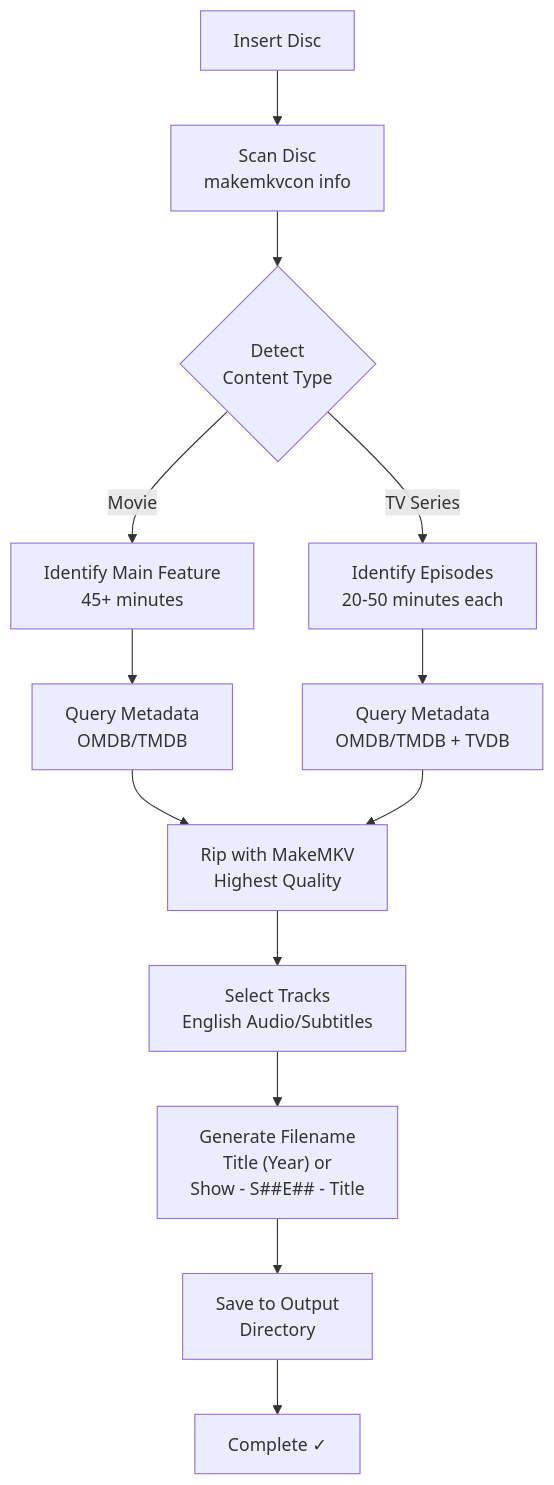
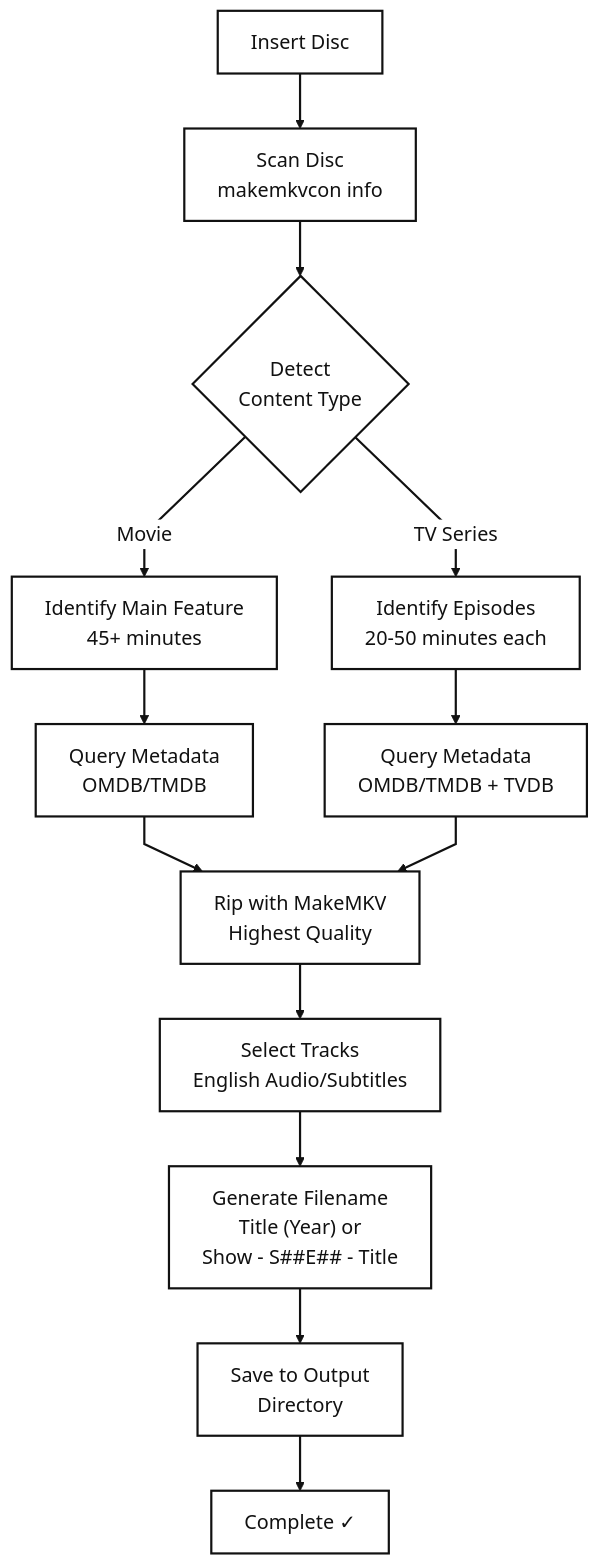
The diagram in README.md (mapitman/ripsharp), drawn with Mermaid before and after one commit.

Commit message:
Fix diagram styling for light background in mermaid flowchart (#54)

````diff
--- a/README.md
+++ b/README.md
@@ -208,15 +208,18 @@
 ```mermaid
+%%{init: {"theme": "base", "themeVariables": {"primaryColor": "#ffffff", "primaryTextColor": "#111111", "primaryBorderColor": "#111111", "secondaryColor": "#ffffff", "tertiaryColor": "#ffffff", "textColor": "#111111", "lineColor": "#111111", "edgeLabelBackground": "#ffffff", "noteBkgColor": "#ffffff", "noteTextColor": "#111111", "fontSize": "18px"}, "flowchart": {"curve": "linear"}}}%%
 graph TD
+   classDef default fill:#ffffff,stroke:#111111,color:#111111,stroke-width:2px;
+   linkStyle default stroke:#111111,stroke-width:2px;
     A["Insert Disc"] --> B["Scan Disc<br/>makemkvcon info"]
     B --> C{"Detect<br/>Content Type"}
     C -->|Movie| D["Identify Main Feature<br/>45+ minutes"]
     C -->|TV Series| E["Identify Episodes<br/>20-50 minutes each"]
     D --> F["Query Metadata<br/>OMDB/TMDB"]
     E --> G["Query Metadata<br/>OMDB/TMDB + TVDB"]
     F --> H["Rip with MakeMKV<br/>Highest Quality"]
     G --> H
     H --> I["Select Tracks<br/>English Audio/Subtitles"]
     I --> J["Generate Filename<br/>Title (Year) or<br/>Show - S##E## - Title"]
     J --> K["Save to Output<br/>Directory"]
     K --> L["Complete ✓"]
 ```
````
